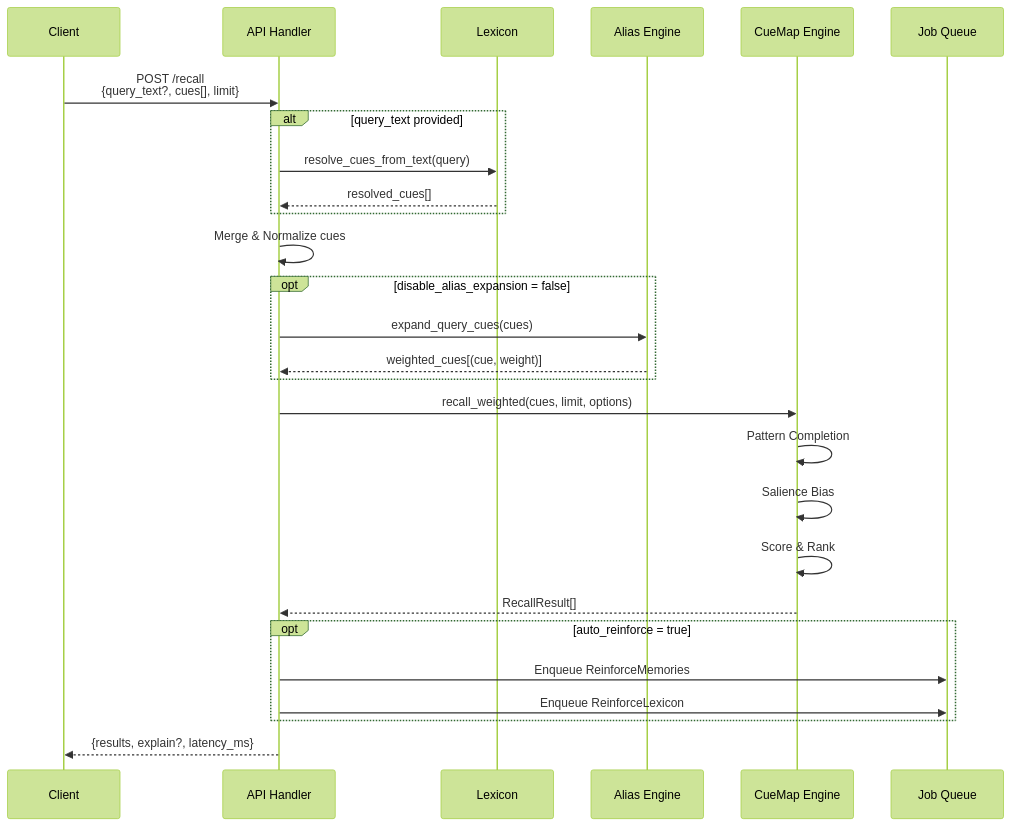
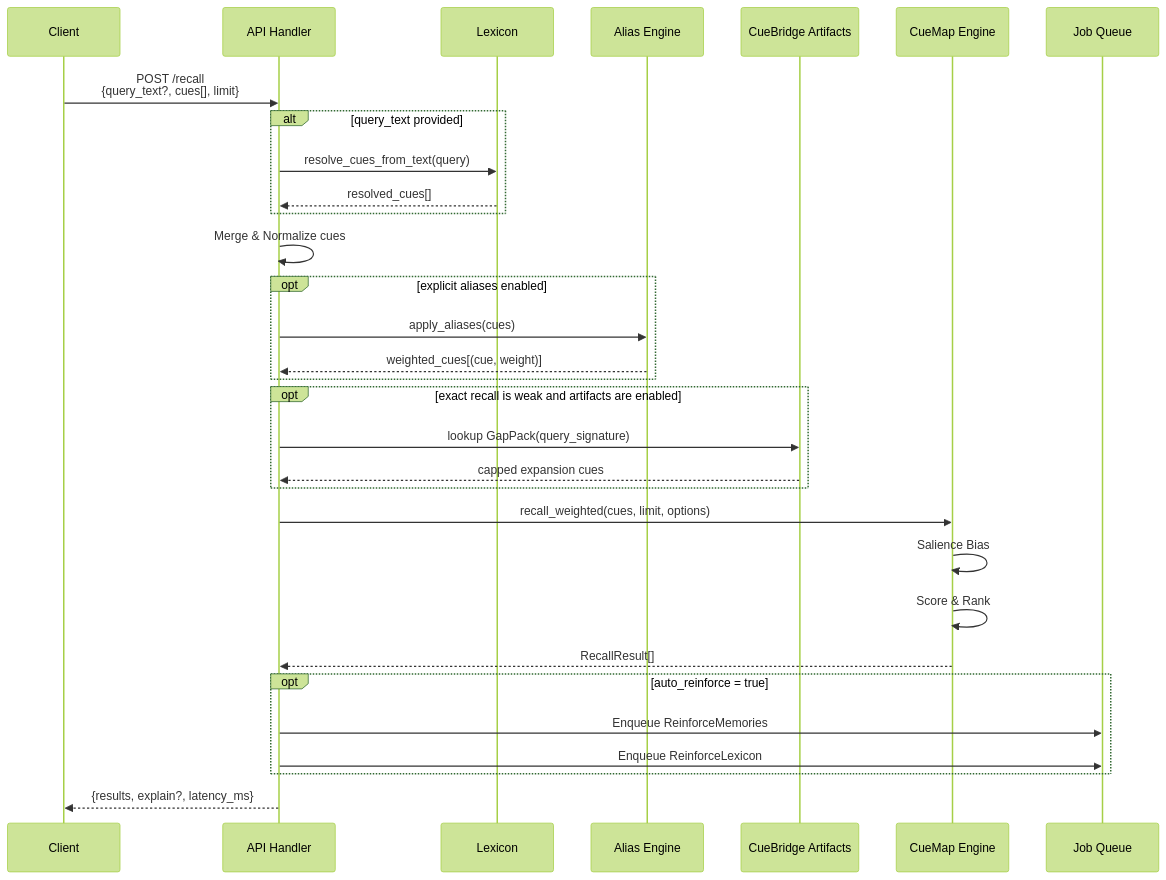
One commit to cuemap-dev/cuemap changed the third of 4 diagrams in README.md. Above: the diagram before and after it, drawn with Mermaid (forest theme). The commit also changed other lines of this file and 93 other files, not shown here.

````diff
--- a/README.md
+++ b/README.md
@@ -845,37 +857,42 @@
 ```mermaid
 sequenceDiagram
     participant C as Client
     participant API as API Handler
     participant Lex as Lexicon
     participant Alias as Alias Engine
+    participant Art as CueBridge Artifacts
     participant Main as CueMap Engine
     participant Q as Job Queue
     
     C->>API: POST /recall<br/>{query_text?, cues[], limit}
     
     alt query_text provided
         API->>Lex: resolve_cues_from_text(query)
         Lex-->>API: resolved_cues[]
     end
     
     API->>API: Merge & Normalize cues
     
-    opt disable_alias_expansion = false
-        API->>Alias: expand_query_cues(cues)
+    opt explicit aliases enabled
+        API->>Alias: apply_aliases(cues)
         Alias-->>API: weighted_cues[(cue, weight)]
+    end
+
+    opt exact recall is weak and artifacts are enabled
+        API->>Art: lookup GapPack(query_signature)
+        Art-->>API: capped expansion cues
     end
     
     API->>Main: recall_weighted(cues, limit, options)
-    Main->>Main: Pattern Completion
     Main->>Main: Salience Bias
     Main->>Main: Score & Rank
     
     Main-->>API: RecallResult[]
     
     opt auto_reinforce = true
         API->>Q: Enqueue ReinforceMemories
         API->>Q: Enqueue ReinforceLexicon
     end
     
     API-->>C: {results, explain?, latency_ms}
 ```
````
